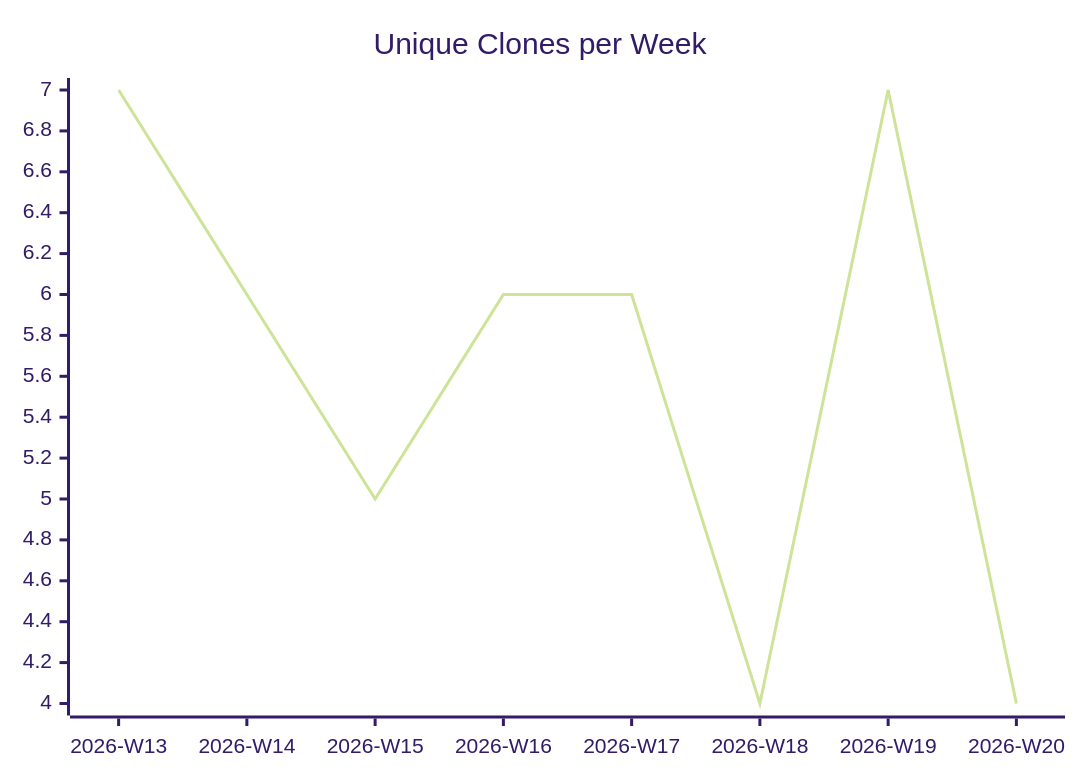
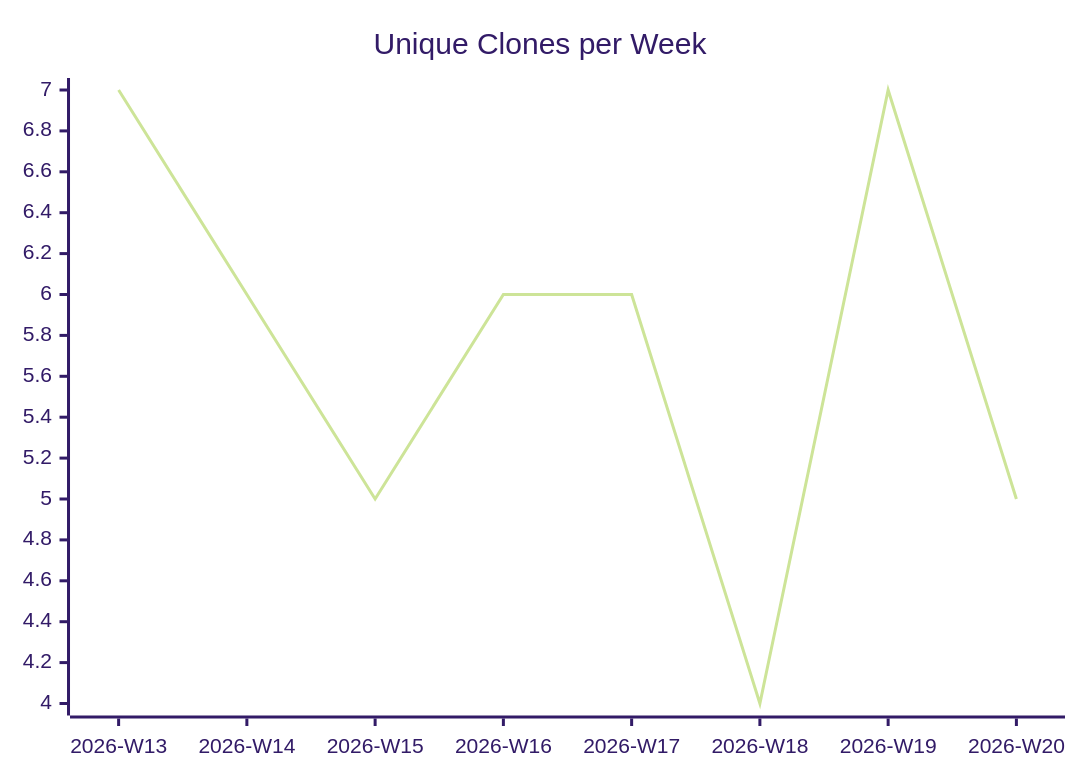
One commit to justdavis-family/github-analytics-data changed the third of 3 diagrams in karlmdavis/lego-ev3dev-rs/README.md. Above: the diagram before and after it, drawn with Mermaid (forest theme). The commit also changed other lines of this file and 189 other files, not shown here.

````diff
--- a/karlmdavis/lego-ev3dev-rs/README.md
+++ b/karlmdavis/lego-ev3dev-rs/README.md
@@ -19,6 +19,6 @@
 ```mermaid
 xychart-beta
   title "Unique Clones per Week"
   x-axis ["2026-W13", "2026-W14", "2026-W15", "2026-W16", "2026-W17", "2026-W18", "2026-W19", "2026-W20"]
-  line [7, 6, 5, 6, 6, 4, 7, 4]
+  line [7, 6, 5, 6, 6, 4, 7, 5]
 ```
````
